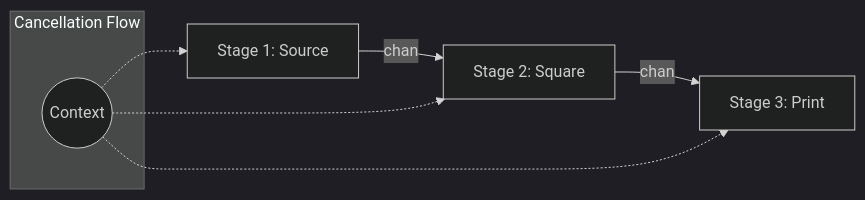
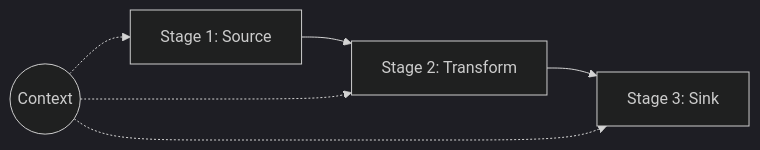
The diagram in RAK-03-evolution/SR-03-concurrency/BK-02-pipelines/CH-02-orchestration/README.md (syahputrawork98-sketch/Golang-Knowledge-Base), drawn with Mermaid (dark theme) before and after one commit. The commit also changed other lines of this file and 61 other files, not shown here.

````diff
--- a/RAK-03-evolution/SR-03-concurrency/BK-02-pipelines/CH-02-orchestration/README.md
+++ b/RAK-03-evolution/SR-03-concurrency/BK-02-pipelines/CH-02-orchestration/README.md
@@ -39,13 +35,8 @@
 ```mermaid
 graph LR
-    Source[Stage 1: Source] -- chan --> Square[Stage 2: Square]
-    Square -- chan --> Print[Stage 3: Print]
-    
+    Source[Stage 1: Source] --> Square[Stage 2: Transform]
+    Square --> Sink[Stage 3: Sink]
     Ctx((Context)) -.-> Source
     Ctx -.-> Square
-    Ctx -.-> Print
-    
-    subgraph "Cancellation Flow"
-    Ctx
-    end
+    Ctx -.-> Sink
 ```
````
